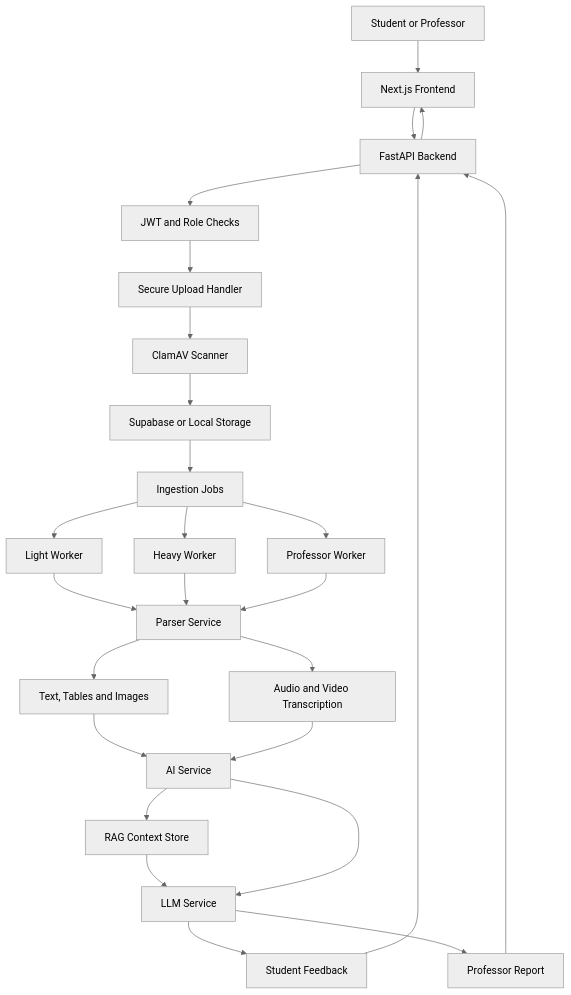
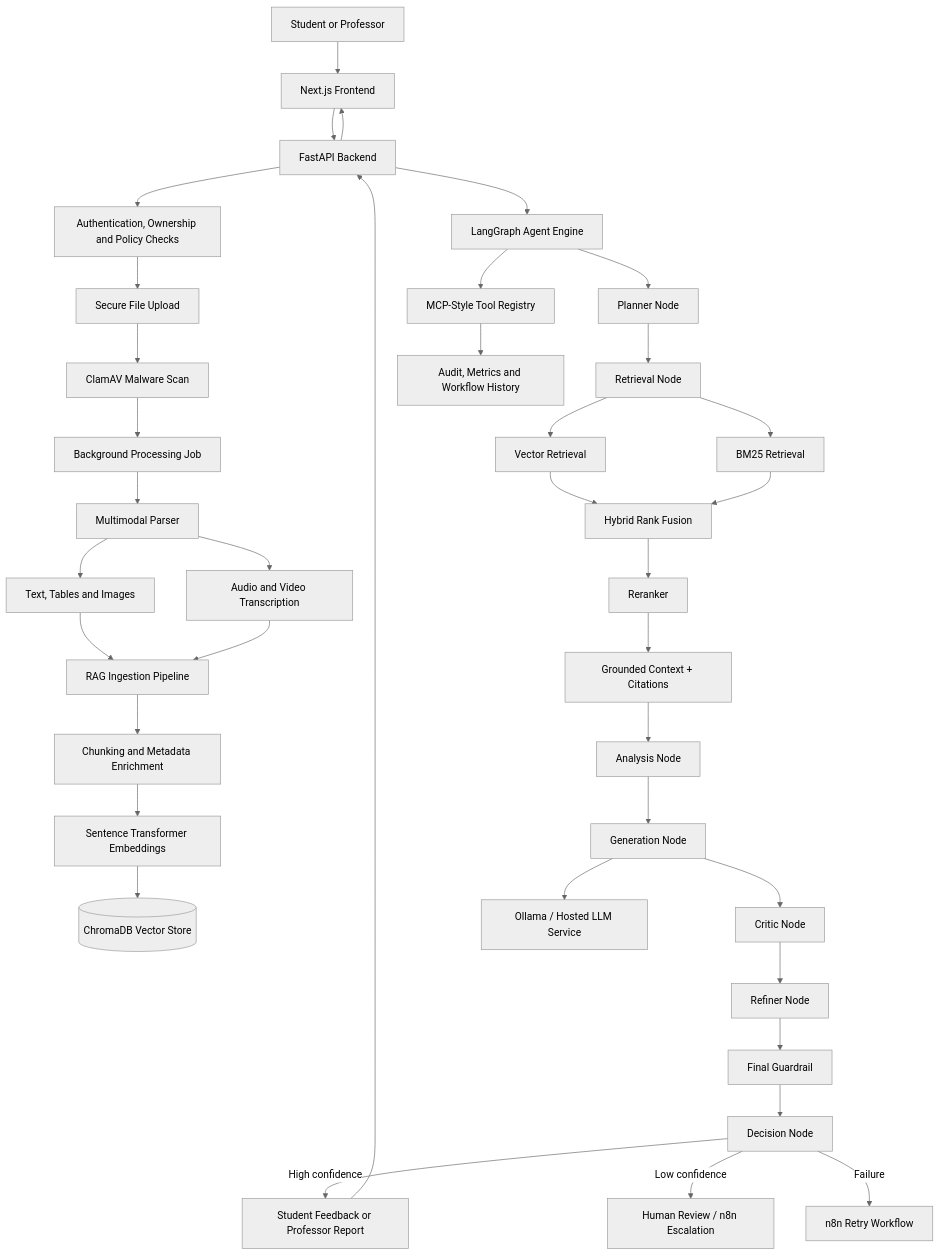
The first of 4 diagrams in README.md (Ansh2303sahu/EduAIPlatform), drawn with Mermaid (neutral theme) before and after one commit. The commit also changed other lines of this file, not shown here.

````diff
--- a/README.md
+++ b/README.md
@@ -77,35 +51,50 @@
 ```mermaid
 flowchart TD
-    USER[Student or Professor] --> FE[Next.js Frontend]
-    FE --> BE[FastAPI Backend]
+    U[Student or Professor] --> FE[Next.js Frontend]
+    FE --> API[FastAPI Backend]
 
-    BE --> AUTH[JWT and Role Checks]
-    AUTH --> UPLOAD[Secure Upload Handler]
-    UPLOAD --> CLAM[ClamAV Scanner]
-    CLAM --> STORE[Supabase or Local Storage]
+    API --> AUTH[Authentication, Ownership and Policy Checks]
+    AUTH --> UPLOAD[Secure File Upload]
+    UPLOAD --> AV[ClamAV Malware Scan]
+    AV --> JOB[Background Processing Job]
 
-    STORE --> QUEUE[Ingestion Jobs]
-    QUEUE --> WL[Light Worker]
-    QUEUE --> WH[Heavy Worker]
-    QUEUE --> PH[Professor Worker]
-
-    WL --> PARSER[Parser Service]
-    WH --> PARSER
-    PH --> PARSER
-
-    PARSER --> DOC[Text, Tables and Images]
+    JOB --> PARSER[Multimodal Parser]
+    PARSER --> TEXT[Text, Tables and Images]
     PARSER --> MEDIA[Audio and Video Transcription]
 
-    DOC --> AI[AI Service]
-    MEDIA --> AI
-    AI --> RAG[RAG Context Store]
+    TEXT --> INGEST[RAG Ingestion Pipeline]
+    MEDIA --> INGEST
 
-    RAG --> LLM[LLM Service]
-    AI --> LLM
+    INGEST --> SPLIT[Chunking and Metadata Enrichment]
+    SPLIT --> EMB[Sentence Transformer Embeddings]
+    EMB --> CHROMA[(ChromaDB Vector Store)]
 
-    LLM --> STUDENT[Student Feedback]
-    LLM --> PROF[Professor Report]
-    STUDENT --> BE
-    PROF --> BE
-    BE --> FE
+    API --> GRAPH[LangGraph Agent Engine]
+    GRAPH --> PLAN[Planner Node]
+    PLAN --> RET[Retrieval Node]
+
+    RET --> VECTOR[Vector Retrieval]
+    RET --> BM25[BM25 Retrieval]
+    VECTOR --> HYBRID[Hybrid Rank Fusion]
+    BM25 --> HYBRID
+    HYBRID --> RERANK[Reranker]
+    RERANK --> CONTEXT[Grounded Context + Citations]
+
+    CONTEXT --> ANALYSE[Analysis Node]
+    ANALYSE --> GENERATE[Generation Node]
+    GENERATE --> CRITIC[Critic Node]
+    CRITIC --> REFINE[Refiner Node]
+    REFINE --> GUARD[Final Guardrail]
+    GUARD --> DECIDE[Decision Node]
+
+    DECIDE -->|High confidence| RESULT[Student Feedback or Professor Report]
+    DECIDE -->|Low confidence| ESC[Human Review / n8n Escalation]
+    DECIDE -->|Failure| RETRY[n8n Retry Workflow]
+
+    GRAPH --> TOOLS[MCP-Style Tool Registry]
+    TOOLS --> AUDIT[Audit, Metrics and Workflow History]
+
+    GENERATE --> LLM[Ollama / Hosted LLM Service]
+    RESULT --> API
+    API --> FE
 ```
````
